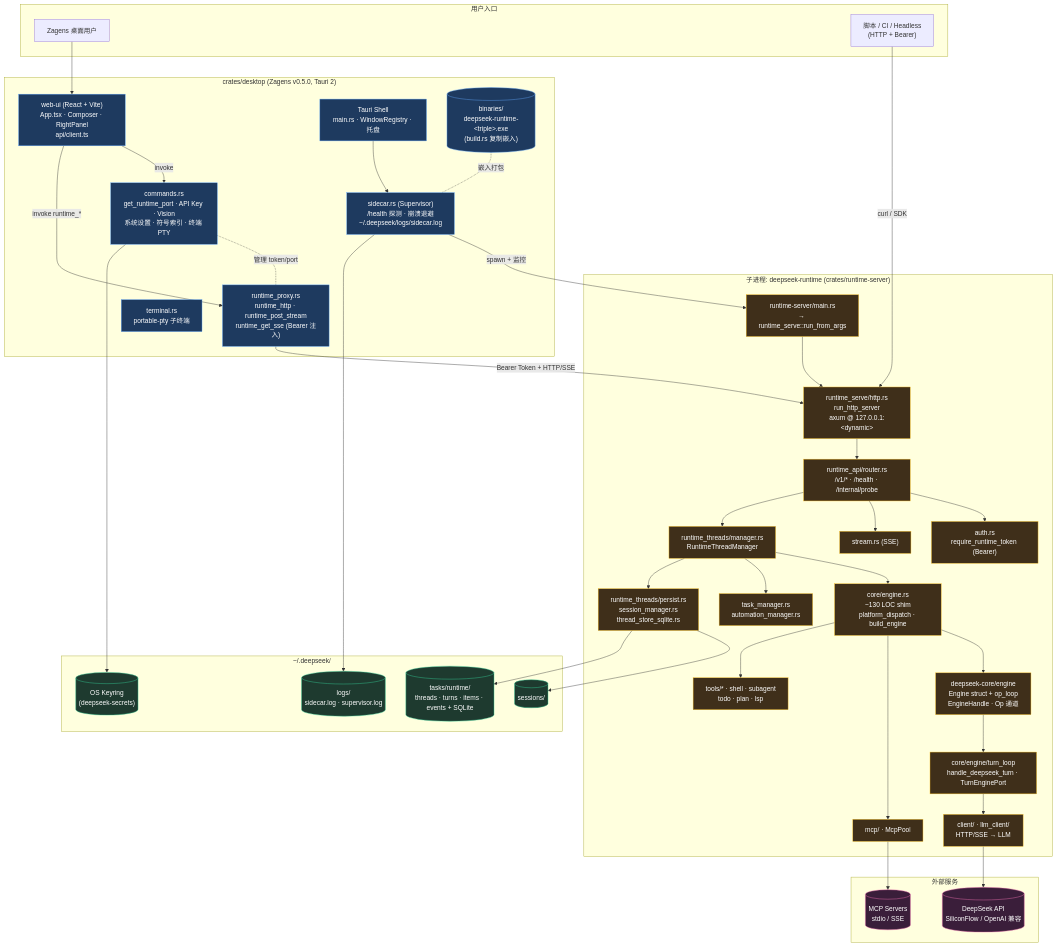
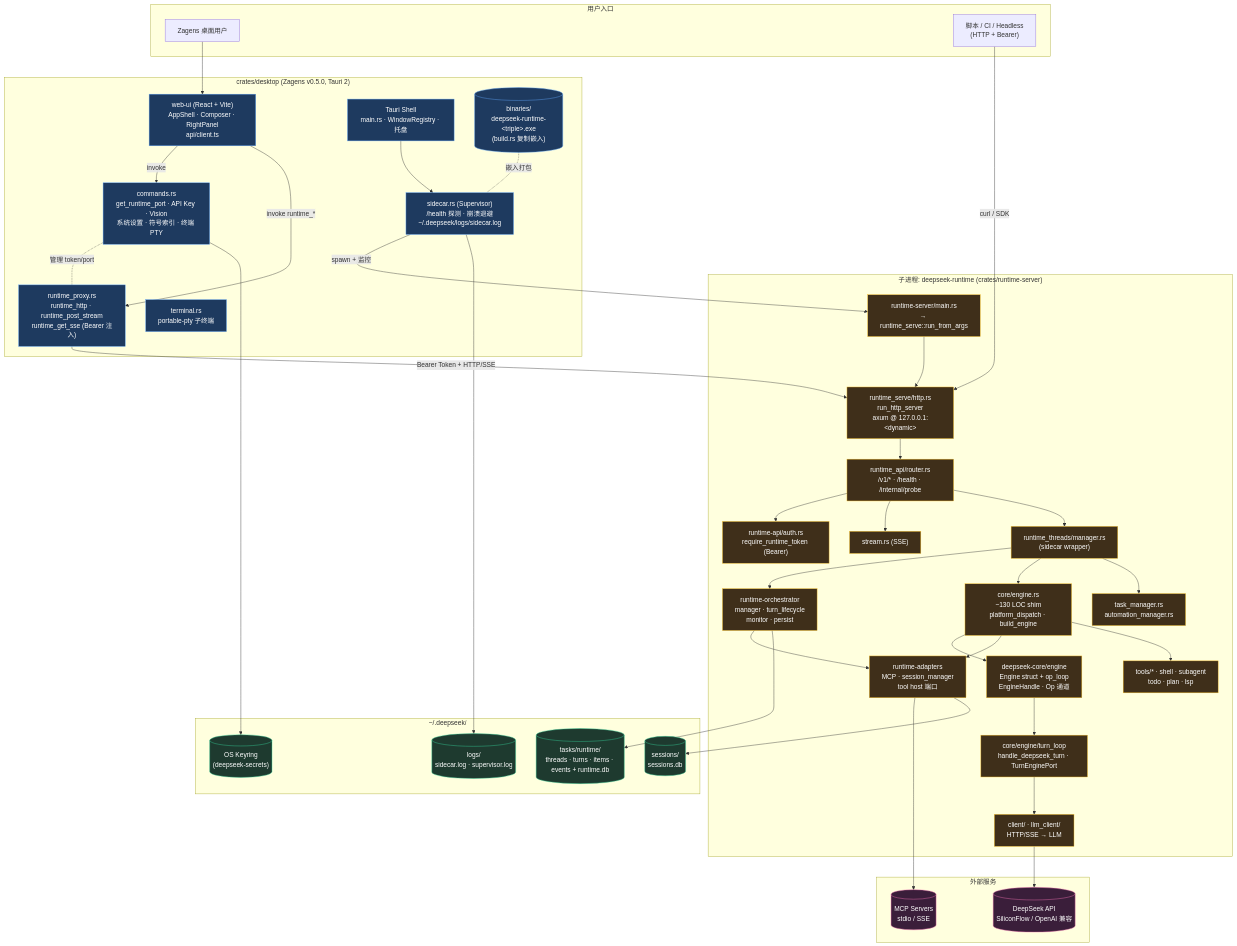
The second of 6 diagrams in docs/tech/RUNTIME_ARCHITECTURE.md (didclawapp-ai/zagens), drawn with Mermaid before and after one commit. The commit also changed other lines of this file and 51 other files, not shown here.

First line of the commit message:
docs(arch): align RUNTIME_ARCHITECTURE with D16/D17 code

````diff
--- a/docs/tech/RUNTIME_ARCHITECTURE.md
+++ b/docs/tech/RUNTIME_ARCHITECTURE.md
@@ -35,7 +133,7 @@
     end
 
     subgraph desktop_pkg["crates/desktop  (Zagens v0.5.0, Tauri 2)"]
-        WEB["web-ui (React + Vite)<br/>App.tsx · Composer · RightPanel<br/>api/client.ts"]
+        WEB["web-ui (React + Vite)<br/>AppShell · Composer · RightPanel<br/>api/client.ts"]
         TAURI["Tauri Shell<br/>main.rs · WindowRegistry · 托盘"]
         CMDS["commands.rs<br/>get_runtime_port · API Key · Vision<br/>系统设置 · 符号索引 · 终端 PTY"]
         PROXY["runtime_proxy.rs<br/>runtime_http · runtime_post_stream<br/>runtime_get_sse (Bearer 注入)"]
@@ -48,17 +146,17 @@
         MAIN["runtime-server/main.rs<br/>→ runtime_serve::run_from_args"]
         HTTP["runtime_serve/http.rs<br/>run_http_server<br/>axum @ 127.0.0.1:&lt;dynamic&gt;"]
         ROUTER["runtime_api/router.rs<br/>/v1/* · /health · /internal/probe"]
-        AUTH["auth.rs<br/>require_runtime_token (Bearer)"]
+        AUTH["runtime-api/auth.rs<br/>require_runtime_token (Bearer)"]
         STREAM["stream.rs (SSE)"]
-        MGR["runtime_threads/manager.rs<br/>RuntimeThreadManager"]
+        MGR_W["runtime_threads/manager.rs<br/>(sidecar wrapper)"]
+        RTO["runtime-orchestrator<br/>manager · turn_lifecycle<br/>monitor · persist"]
+        RTAD["runtime-adapters<br/>MCP · session_manager<br/>tool host 端口"]
         ENG_SHIM["core/engine.rs<br/>~130 LOC shim<br/>platform_dispatch · build_engine"]
         ENG_C["deepseek-core/engine<br/>Engine struct + op_loop<br/>EngineHandle · Op 通道"]
         TURN["core/engine/turn_loop<br/>handle_deepseek_turn · TurnEnginePort"]
         LLM_C["client/ · llm_client/<br/>HTTP/SSE → LLM"]
-        MCP_POOL["mcp/ · McpPool"]
         TOOLS_R["tools/* · shell · subagent<br/>todo · plan · lsp"]
         TASKS["task_manager.rs<br/>automation_manager.rs"]
-        PERSIST["runtime_threads/persist.rs<br/>session_manager.rs<br/>thread_store_sqlite.rs"]
     end
 
     subgraph external["外部服务"]
@@ -67,8 +165,8 @@
     end
 
     subgraph fs["~/.deepseek/"]
-        SESS[("sessions/")]
-        RT_DIR[("tasks/runtime/<br/>threads · turns · items · events + SQLite")]
+        SESS[("sessions/<br/>sessions.db")]
+        RT_DIR[("tasks/runtime/<br/>threads · turns · items · events + runtime.db")]
         LOGS[("logs/<br/>sidecar.log · supervisor.log")]
         KEYS[("OS Keyring<br/>(deepseek-secrets)")]
     end
@@ -87,20 +185,21 @@
     HTTP --> ROUTER
     ROUTER --> AUTH
     ROUTER --> STREAM
-    ROUTER --> MGR
-    MGR --> ENG_SHIM
+    ROUTER --> MGR_W
+    MGR_W --> RTO
+    RTO --> RTAD
+    MGR_W --> ENG_SHIM
     ENG_SHIM --> ENG_C
     ENG_C --> TURN
     TURN --> LLM_C
-    ENG_SHIM --> MCP_POOL
+    ENG_SHIM --> RTAD
     ENG_SHIM --> TOOLS_R
-    MGR --> TASKS
-    MGR --> PERSIST
+    MGR_W --> TASKS
 
     LLM_C --> LLM
-    MCP_POOL --> MCP_SRV
-    PERSIST --> SESS
-    PERSIST --> RT_DIR
+    RTAD --> MCP_SRV
+    RTAD --> SESS
+    RTO --> RT_DIR
     SUP --> LOGS
     CMDS --> KEYS
 
@@ -109,7 +208,7 @@
     classDef ext fill:#3a1e3a,stroke:#f472b6,color:#fff
     classDef store fill:#1e3a2f,stroke:#34d399,color:#fff
     class WEB,TAURI,CMDS,PROXY,SUP,TERM,BIN product
-    class MAIN,HTTP,ROUTER,AUTH,STREAM,MGR,ENG_C,ENG_SHIM,TURN,LLM_C,MCP_POOL,TOOLS_R,TASKS,PERSIST sidecar
+    class MAIN,HTTP,ROUTER,AUTH,STREAM,MGR_W,RTO,RTAD,ENG_C,ENG_SHIM,TURN,LLM_C,TOOLS_R,TASKS sidecar
     class LLM,MCP_SRV ext
     class SESS,RT_DIR,LOGS,KEYS store
 ```
````
